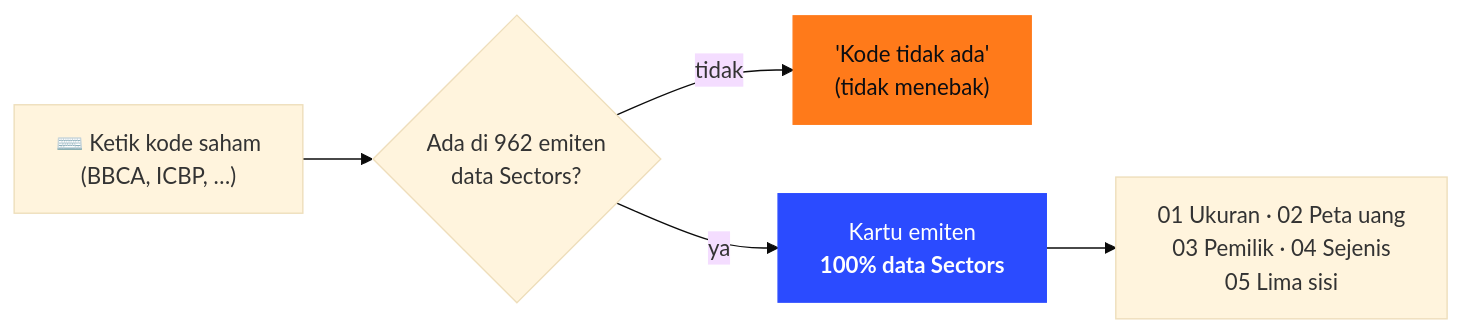
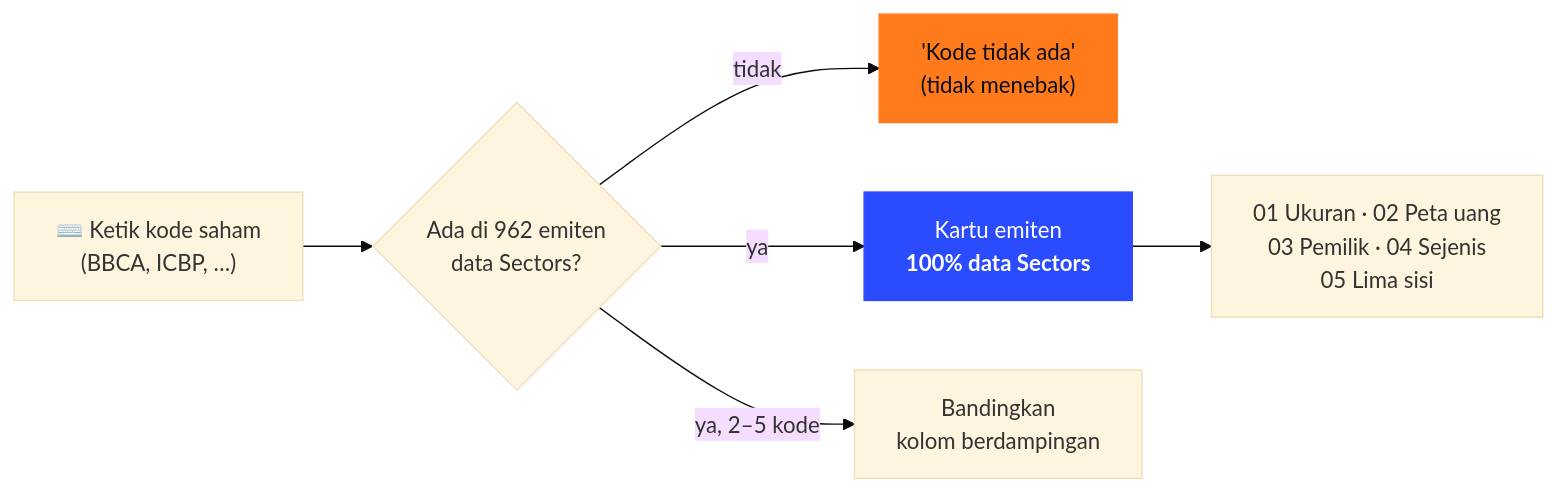
Before and after one commit to chukbert/sectors-hackathon-2026: the diagram in README.md, drawn with Mermaid (base theme). The commit also changed other lines of this file and 13 other files, not shown here.

First line of the commit message:
Bandingkan 2–5 emiten berdampingan + build web di laptop saat deploy

````diff
--- a/README.md
+++ b/README.md
@@ -96,9 +96,10 @@
 ```mermaid
 flowchart LR
     A["⌨️ Ketik kode saham<br>(BBCA, ICBP, …)"] --> D{"Ada di 962 emiten<br>data Sectors?"}
     D -- tidak --> E["'Kode tidak ada'<br>(tidak menebak)"]
     D -- ya --> F["Kartu emiten<br><b>100% data Sectors</b>"]
     F --> G["01 Ukuran · 02 Peta uang<br>03 Pemilik · 04 Sejenis<br>05 Lima sisi"]
+    D -- "ya, 2–5 kode" --> H["Bandingkan<br>kolom berdampingan"]
     style F fill:#2b4bff,color:#fff,stroke:#2b4bff
     style E fill:#ff7a1a,color:#0b0d12,stroke:#ff7a1a
 ```
````
